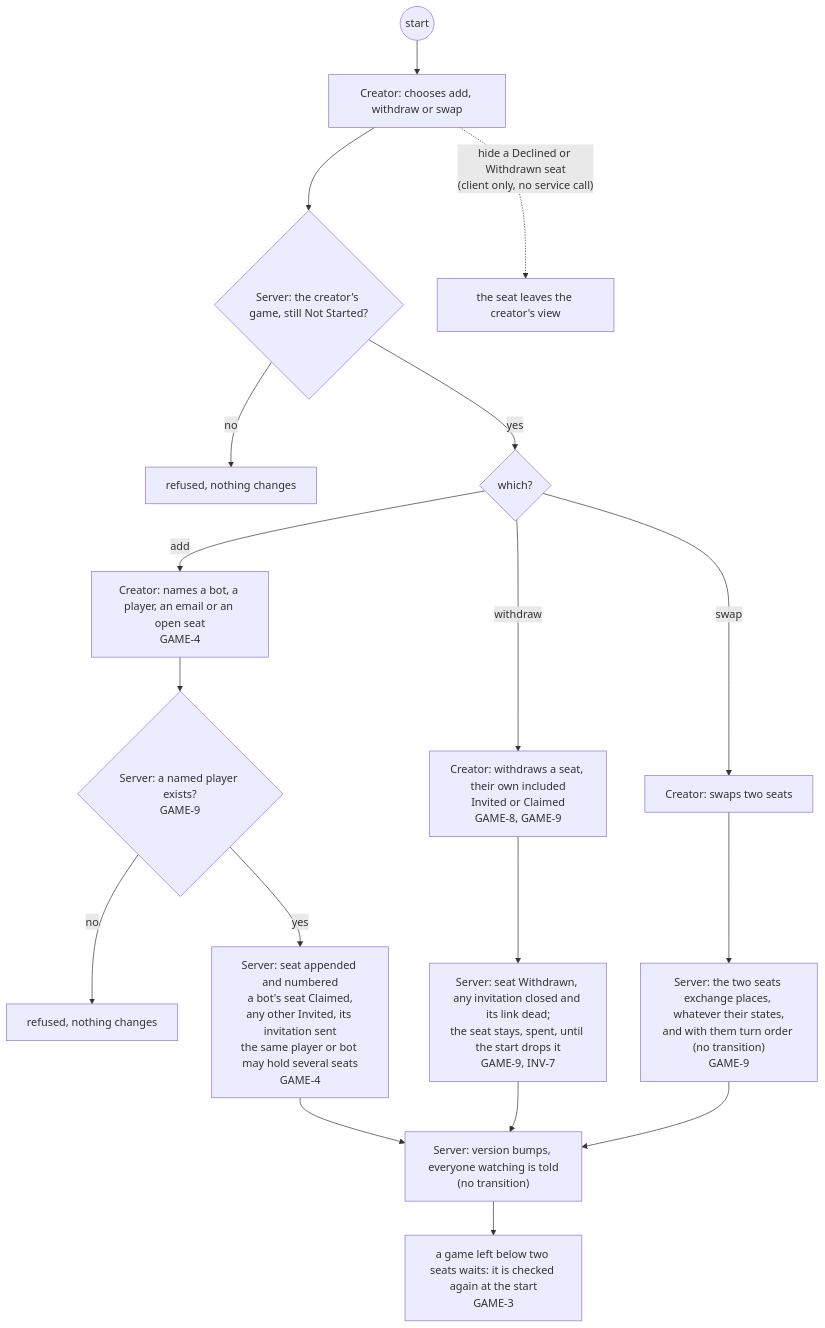
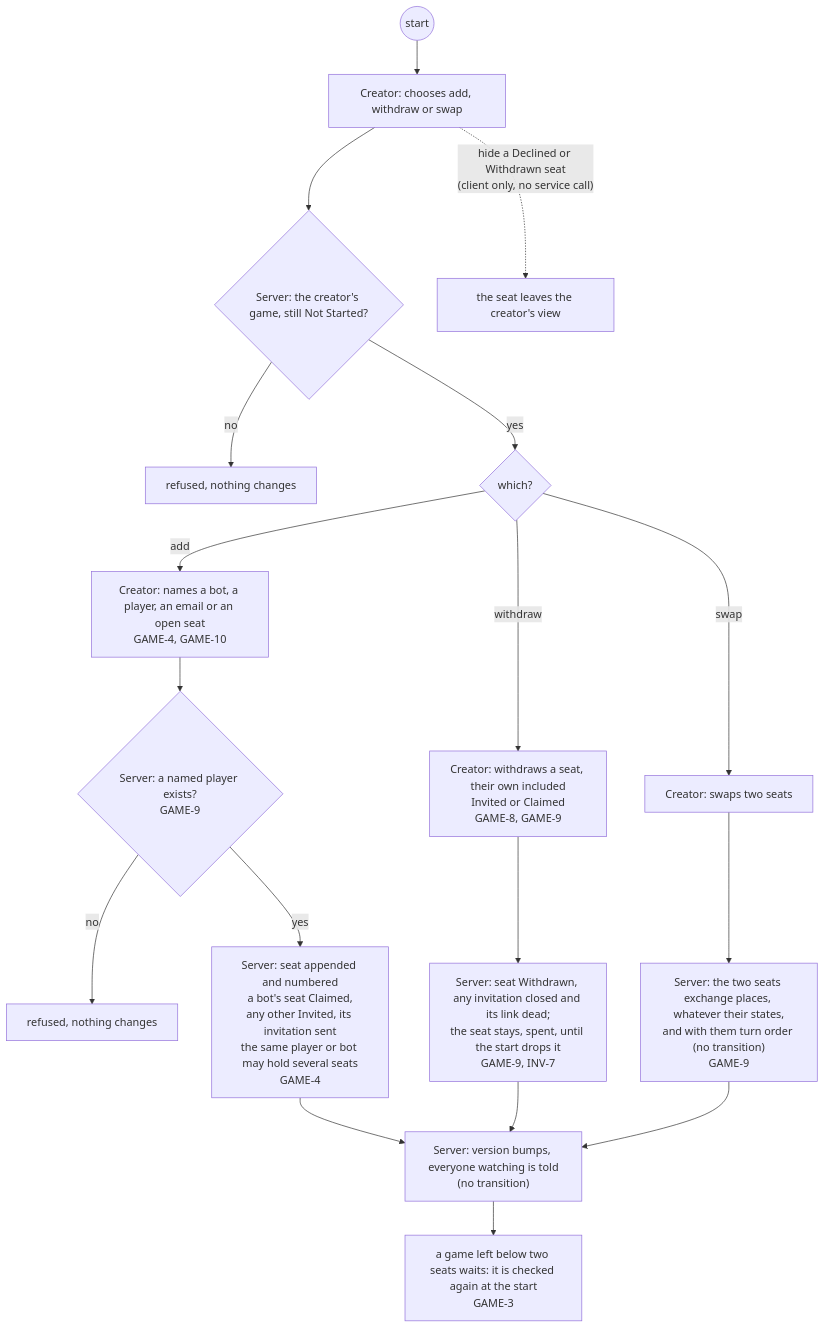
The ninth of 29 diagrams in docs/changes/workstreams/application-game-architecture/71-one-game-model/71-functional.md (delphside/tile-lite-elite), drawn with Mermaid before and after one commit. The commit also changed other lines of this file and 1 other file, not shown here.

First line of the commit message:
app 0.9.2 api 2.16: GAME-10, a seat open to anyone

````diff
--- a/docs/changes/workstreams/application-game-architecture/71-one-game-model/71-functional.md
+++ b/docs/changes/workstreams/application-game-architecture/71-one-game-model/71-functional.md
@@ -221,20 +221,20 @@
 ```mermaid
 flowchart TD
   s0((start)) --> c1["Creator: chooses add, withdraw or swap"]
   c1 --> v1{"Server: the creator's game, still Not Started?"}
   v1 -- no --> r1["refused, nothing changes"]
   v1 -- yes --> d0{"which?"}
-  d0 -- add --> c2["Creator: names a bot, a player, an email or an open seat<br/>GAME-4"]
+  d0 -- add --> c2["Creator: names a bot, a player, an email or an open seat<br/>GAME-4, GAME-10"]
   c2 --> v2{"Server: a named player exists?<br/>GAME-9"}
   v2 -- no --> r2["refused, nothing changes"]
   v2 -- yes --> t1["Server: seat appended and numbered<br/>a bot's seat Claimed,<br/>any other Invited, its invitation sent<br/>the same player or bot may hold several seats<br/>GAME-4"]
   c1 -. "hide a Declined or Withdrawn seat<br/>(client only, no service call)" .-> h1["the seat leaves the creator's view"]
   d0 -- withdraw --> c3["Creator: withdraws a seat, their own included<br/>Invited or Claimed<br/>GAME-8, GAME-9"]
   c3 --> t2["Server: seat Withdrawn, any invitation closed and its link dead;<br/>the seat stays, spent, until the start drops it<br/>GAME-9, INV-7"]
   d0 -- swap --> c4["Creator: swaps two seats"]
   c4 --> t3["Server: the two seats exchange places, whatever their states,<br/>and with them turn order (no transition)<br/>GAME-9"]
   t1 --> t4["Server: version bumps, everyone watching is told<br/>(no transition)"]
   t2 --> t4
   t3 --> t4
   t4 --> n0["a game left below two seats waits: it is checked again at the start<br/>GAME-3"]
 ```
````
